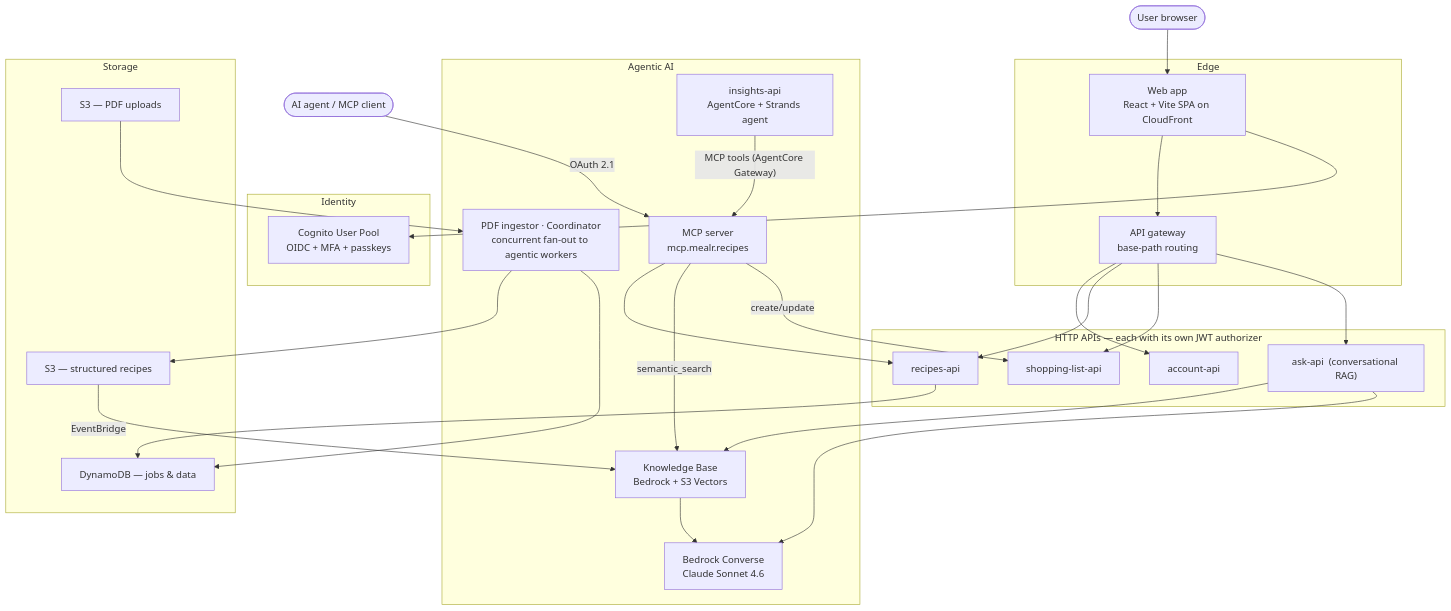
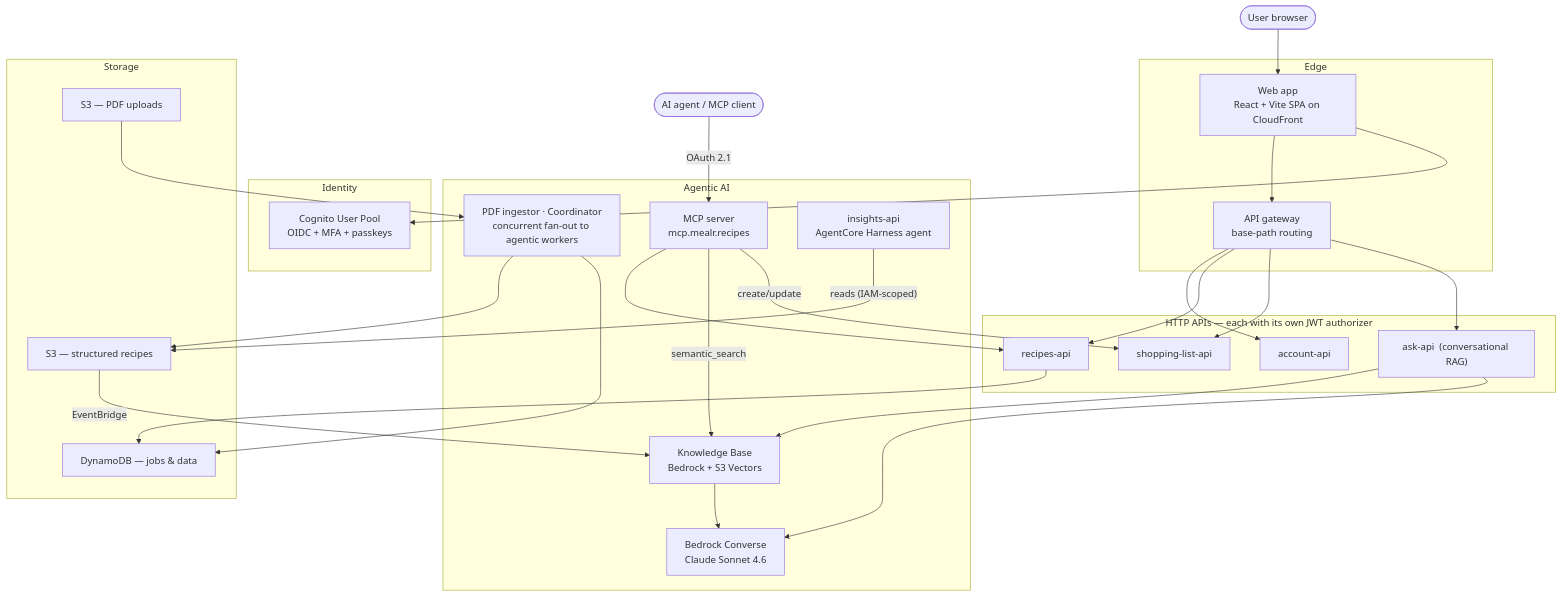
One commit to dbryant4/mealr-case-study changed the diagram in README.md. Above: the diagram before and after it, drawn with Mermaid. The commit also changed other lines of this file and 2 other files, not shown here.

Commit message:
v1.6.0 — insights: correct to AgentCore Harness w/ IAM-scoped S3 reads (not MCP); passkeys; 9->10 services

````diff
--- a/README.md
+++ b/README.md
@@ -81,51 +81,51 @@
 ```mermaid
 flowchart TB
   user(["User browser"])
 
   subgraph edge ["Edge"]
     web["Web app<br/>React + Vite SPA on CloudFront"]
     gw["API gateway<br/>base-path routing"]
   end
 
   subgraph identity ["Identity"]
     cognito["Cognito User Pool<br/>OIDC + MFA + passkeys"]
   end
 
   subgraph apis ["HTTP APIs — each with its own JWT authorizer"]
     account["account-api"]
     recipes["recipes-api"]
     shopping["shopping-list-api"]
     ask["ask-api  (conversational RAG)"]
   end
 
   subgraph ai ["Agentic AI"]
     kb["Knowledge Base<br/>Bedrock + S3 Vectors"]
     bedrock["Bedrock Converse<br/>Claude Sonnet 4.6"]
     ingest["PDF ingestor · Coordinator<br/>concurrent fan-out to agentic workers"]
     mcp["MCP server<br/>mcp.mealr.recipes"]
-    insights["insights-api<br/>AgentCore + Strands agent"]
+    insights["insights-api<br/>AgentCore Harness agent"]
   end
 
   agent(["AI agent / MCP client"])
 
   subgraph data ["Storage"]
     s3in["S3 — PDF uploads"]
     s3out["S3 — structured recipes"]
     ddb["DynamoDB — jobs & data"]
   end
 
   user --> web --> gw
   web --> cognito
   gw --> account & recipes & shopping & ask
   s3in --> ingest --> s3out
   s3out -- EventBridge --> kb
   ask --> kb --> bedrock
   ask --> bedrock
   agent -- OAuth 2.1 --> mcp
   mcp --> recipes
   mcp -- semantic_search --> kb
   mcp -- create/update --> shopping
-  insights -- MCP tools (AgentCore Gateway) --> mcp
+  insights -- reads (IAM-scoped) --> s3out
   recipes --> ddb
   ingest --> ddb
 ```
````
